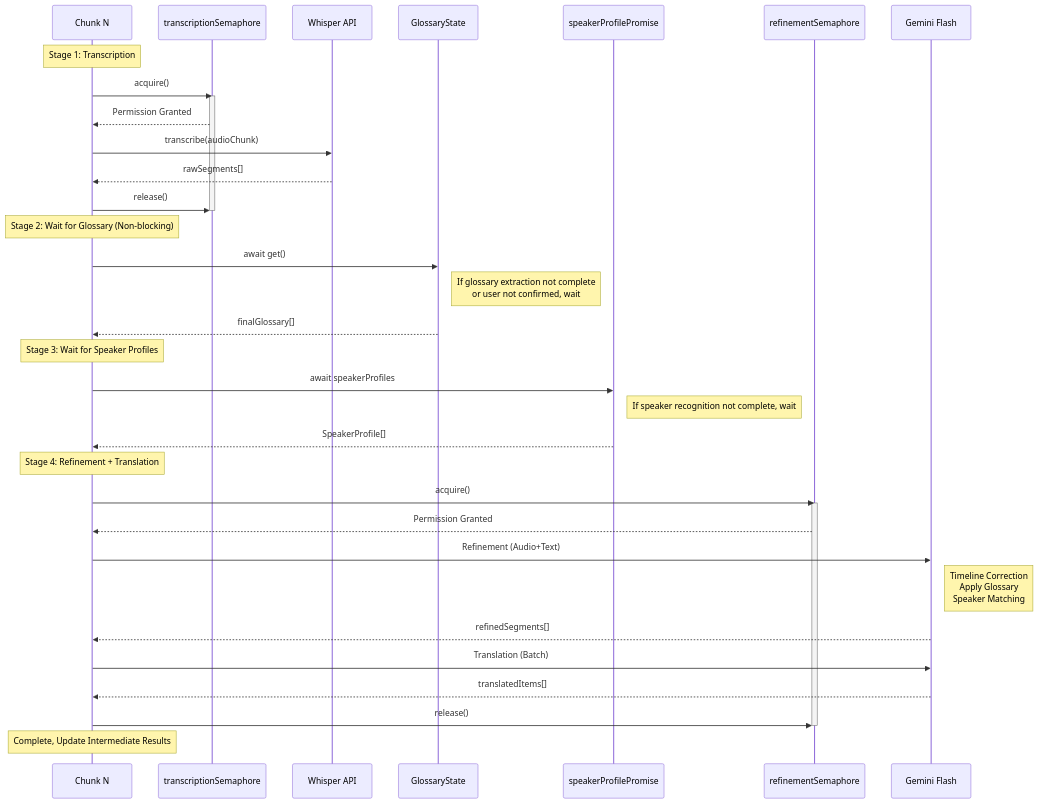
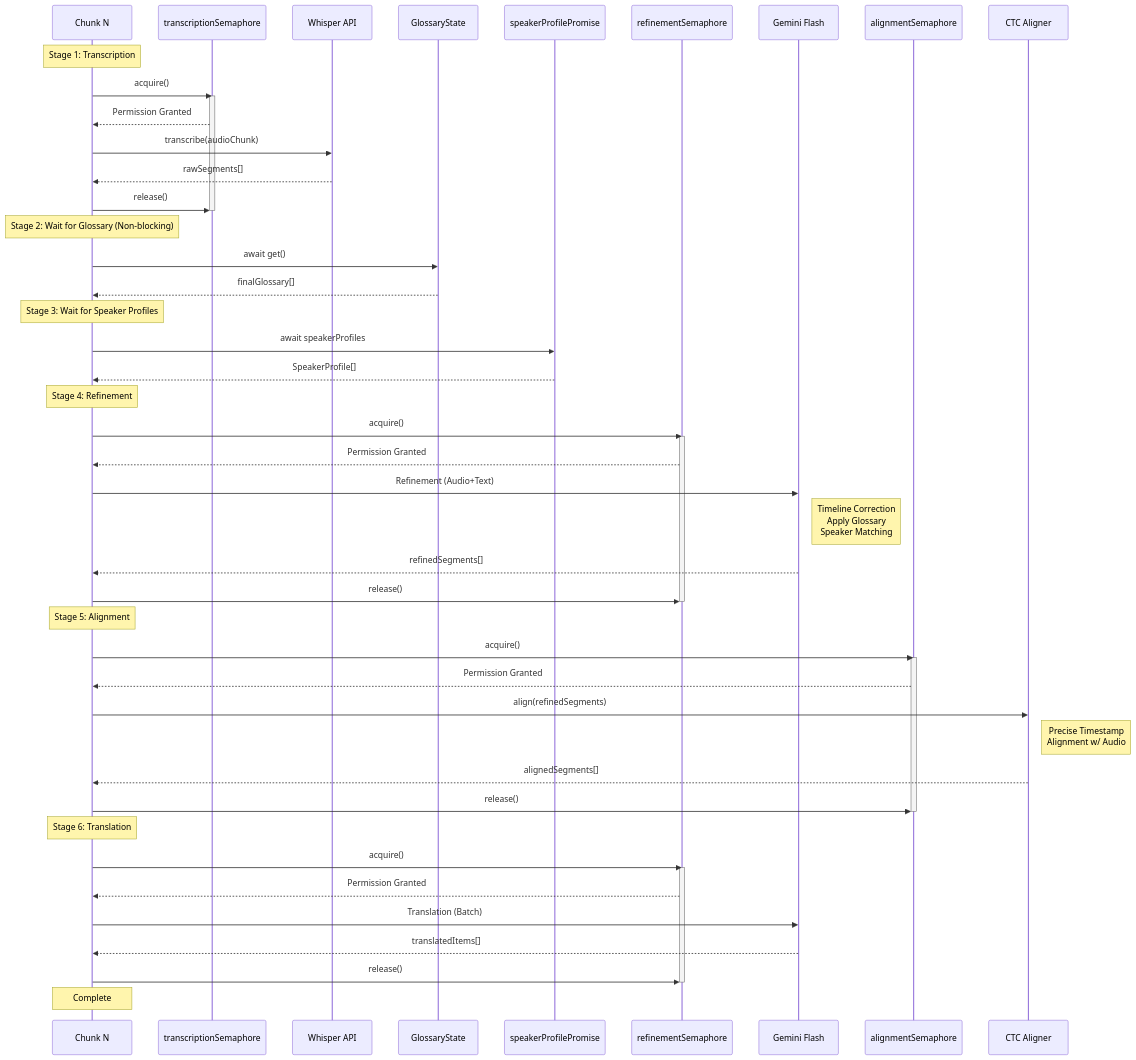
The sixth of 15 diagrams in docs/ARCHITECTURE.md (corvo007/Gemini-Subtitle-Pro), drawn with Mermaid before and after one commit. The commit also changed other lines of this file and 3 other files, not shown here.

First line of the commit message:
docs: update architecture with reconciler and CTC aligner

````diff
--- a/docs/ARCHITECTURE.md
+++ b/docs/ARCHITECTURE.md
@@ -557,46 +568,60 @@
 ```mermaid
 sequenceDiagram
     participant Chunk as Chunk N
     participant TSem as transcriptionSemaphore
     participant Whisper as Whisper API
     participant GState as GlossaryState
     participant SProm as speakerProfilePromise
     participant RSem as refinementSemaphore
     participant Gemini as Gemini Flash
+    participant ASem as alignmentSemaphore
+    participant Aligner as CTC Aligner
 
     Note over Chunk: Stage 1: Transcription
     Chunk->>TSem: acquire()
     activate TSem
     TSem-->>Chunk: Permission Granted
     Chunk->>Whisper: transcribe(audioChunk)
     Whisper-->>Chunk: rawSegments[]
     Chunk->>TSem: release()
     deactivate TSem
 
     Note over Chunk: Stage 2: Wait for Glossary (Non-blocking)
     Chunk->>GState: await get()
-    Note right of GState: If glossary extraction not complete<br/>or user not confirmed, wait
     GState-->>Chunk: finalGlossary[]
 
     Note over Chunk: Stage 3: Wait for Speaker Profiles
     Chunk->>SProm: await speakerProfiles
-    Note right of SProm: If speaker recognition not complete, wait
     SProm-->>Chunk: SpeakerProfile[]
 
-    Note over Chunk: Stage 4: Refinement + Translation
+    Note over Chunk: Stage 4: Refinement
     Chunk->>RSem: acquire()
     activate RSem
     RSem-->>Chunk: Permission Granted
-
     Chunk->>Gemini: Refinement (Audio+Text)
     Note right of Gemini: Timeline Correction<br/>Apply Glossary<br/>Speaker Matching
     Gemini-->>Chunk: refinedSegments[]
-
-    Chunk->>Gemini: Translation (Batch)
-    Gemini-->>Chunk: translatedItems[]
-
     Chunk->>RSem: release()
     deactivate RSem
 
-    Note over Chunk: Complete, Update Intermediate Results
+    Note over Chunk: Stage 5: Alignment
+    Chunk->>ASem: acquire()
+    activate ASem
+    ASem-->>Chunk: Permission Granted
+    Chunk->>Aligner: align(refinedSegments)
+    Note right of Aligner: Precise Timestamp<br/>Alignment w/ Audio
+    Aligner-->>Chunk: alignedSegments[]
+    Chunk->>ASem: release()
+    deactivate ASem
+
+    Note over Chunk: Stage 6: Translation
+    Chunk->>RSem: acquire()
+    activate RSem
+    RSem-->>Chunk: Permission Granted
+    Chunk->>Gemini: Translation (Batch)
+    Gemini-->>Chunk: translatedItems[]
+    Chunk->>RSem: release()
+    deactivate RSem
+
+    Note over Chunk: Complete
 ```
````
